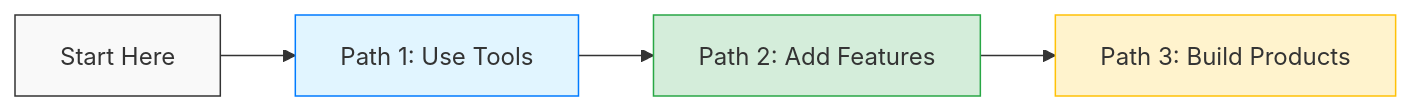
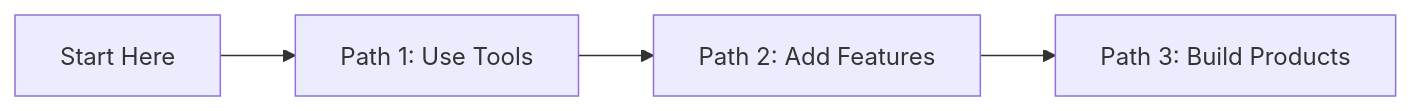
The diagram in docs/index.md (zenHeart/learn-ai), drawn with Mermaid before and after one commit. The commit also changed 4 other files, not shown here.

````diff
--- a/docs/index.md
+++ b/docs/index.md
@@ -35,11 +35,6 @@
 ```mermaid
 graph LR
     A[Start Here] --> B[Path 1: Use Tools]
     B --> C[Path 2: Add Features]
     C --> D[Path 3: Build Products]
-    
-    style A fill:#f9f9f9,stroke:#333
-    style B fill:#e1f5ff,stroke:#007bff
-    style C fill:#d4edda,stroke:#28a745
-    style D fill:#fff3cd,stroke:#ffc107
 ```
````
